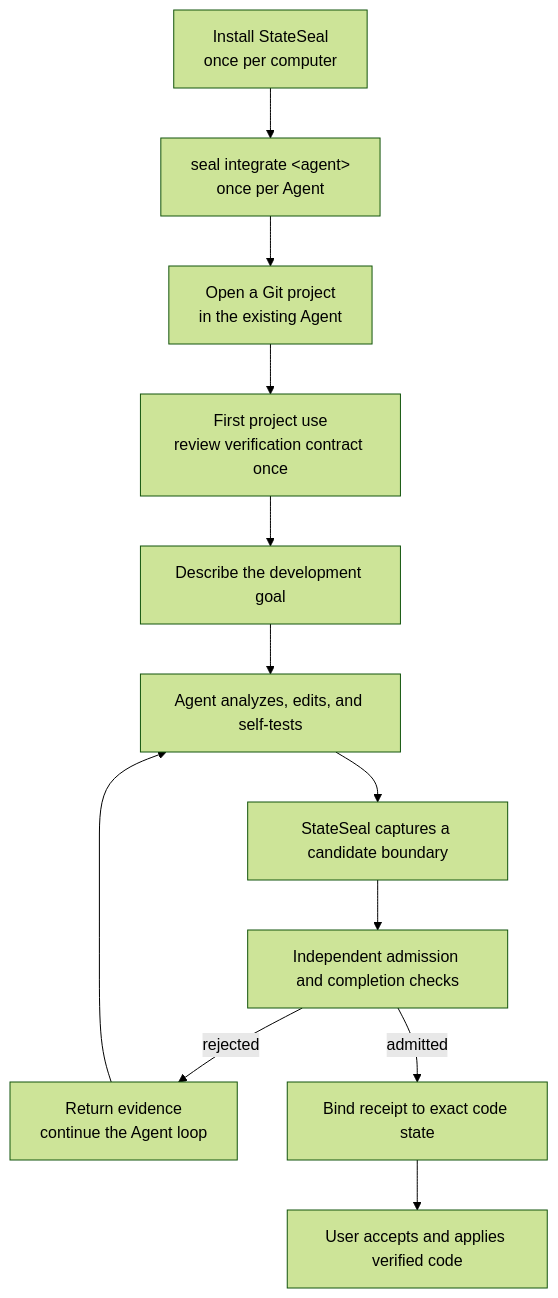
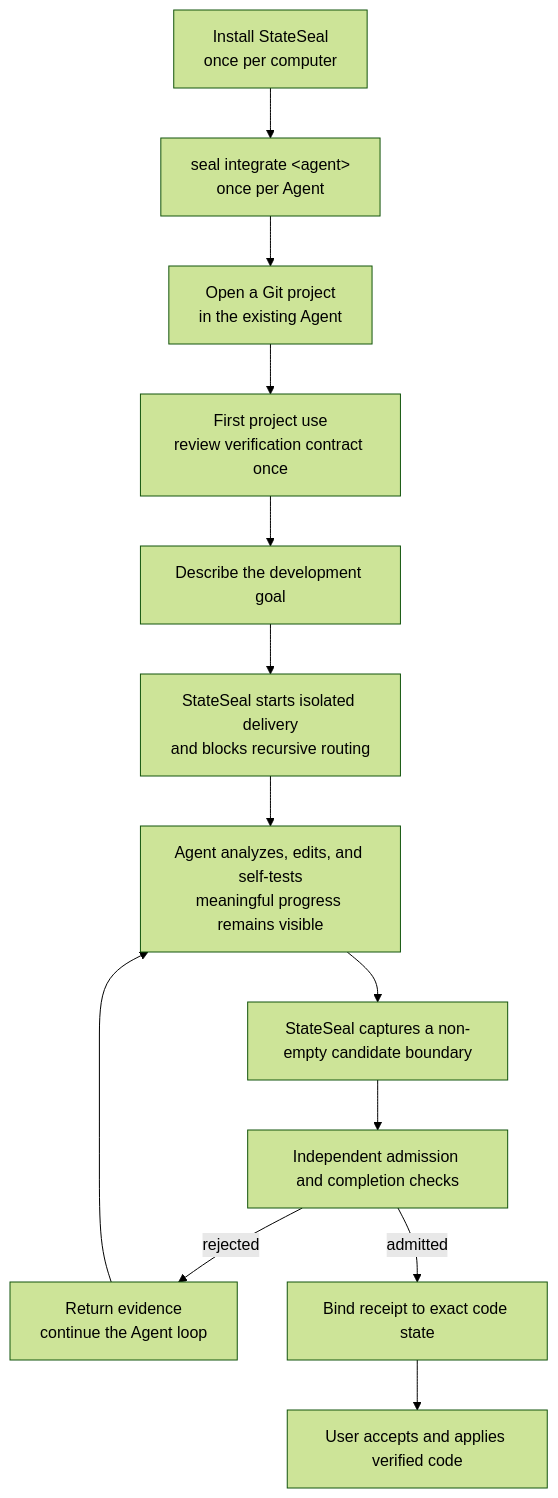
The first of 2 diagrams in docs/product-map.md (hellogxp/stateseal), drawn with Mermaid (forest theme) before and after one commit. The commit also changed other lines of this file and 21 other files, not shown here.

````diff
--- a/docs/product-map.md
+++ b/docs/product-map.md
@@ -10,14 +10,15 @@
 ```mermaid
 flowchart TD
     A["Install StateSeal<br/>once per computer"] --> B["seal integrate &lt;agent&gt;<br/>once per Agent"]
     B --> C["Open a Git project<br/>in the existing Agent"]
     C --> D["First project use<br/>review verification contract once"]
     D --> E["Describe the development goal"]
-    E --> F["Agent analyzes, edits, and self-tests"]
-    F --> G["StateSeal captures a candidate boundary"]
+    E --> F["StateSeal starts isolated delivery<br/>and blocks recursive routing"]
+    F --> F2["Agent analyzes, edits, and self-tests<br/>meaningful progress remains visible"]
+    F2 --> G["StateSeal captures a non-empty candidate boundary"]
     G --> H["Independent admission and completion checks"]
     H -->|rejected| I["Return evidence<br/>continue the Agent loop"]
-    I --> F
+    I --> F2
     H -->|admitted| J["Bind receipt to exact code state"]
     J --> K["User accepts and applies verified code"]
 ```
````
